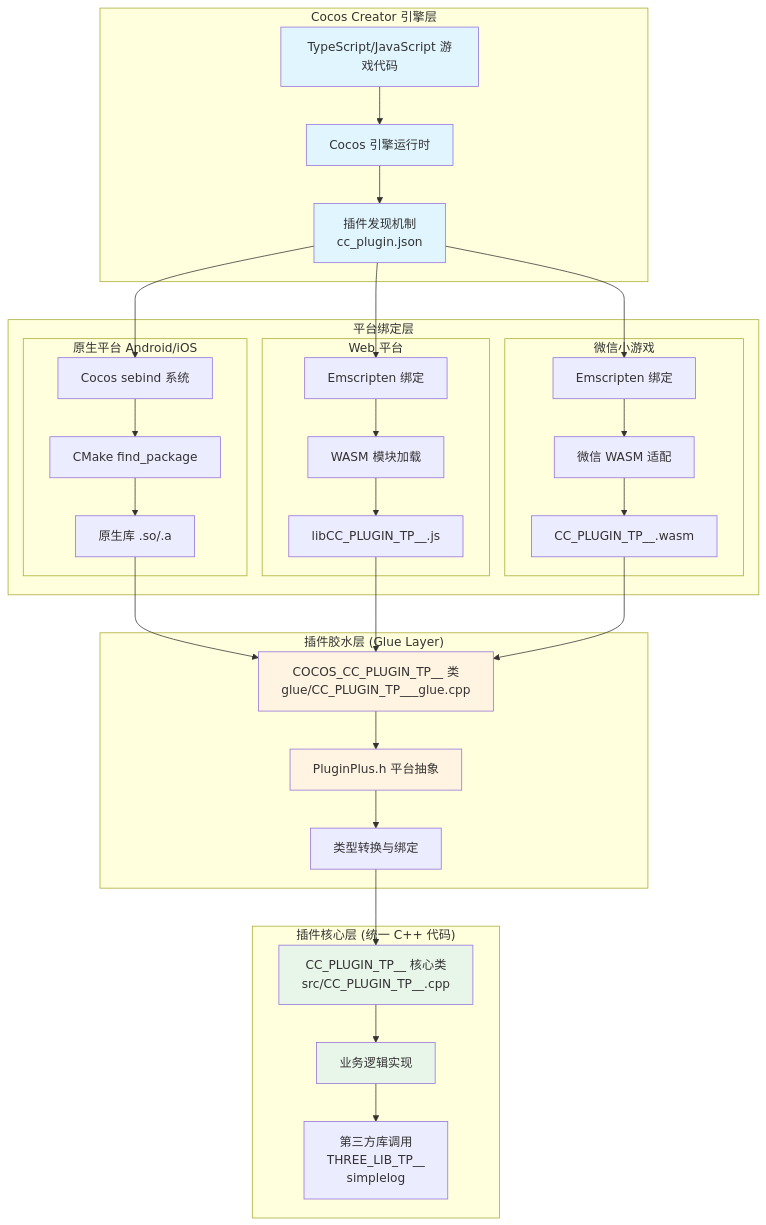
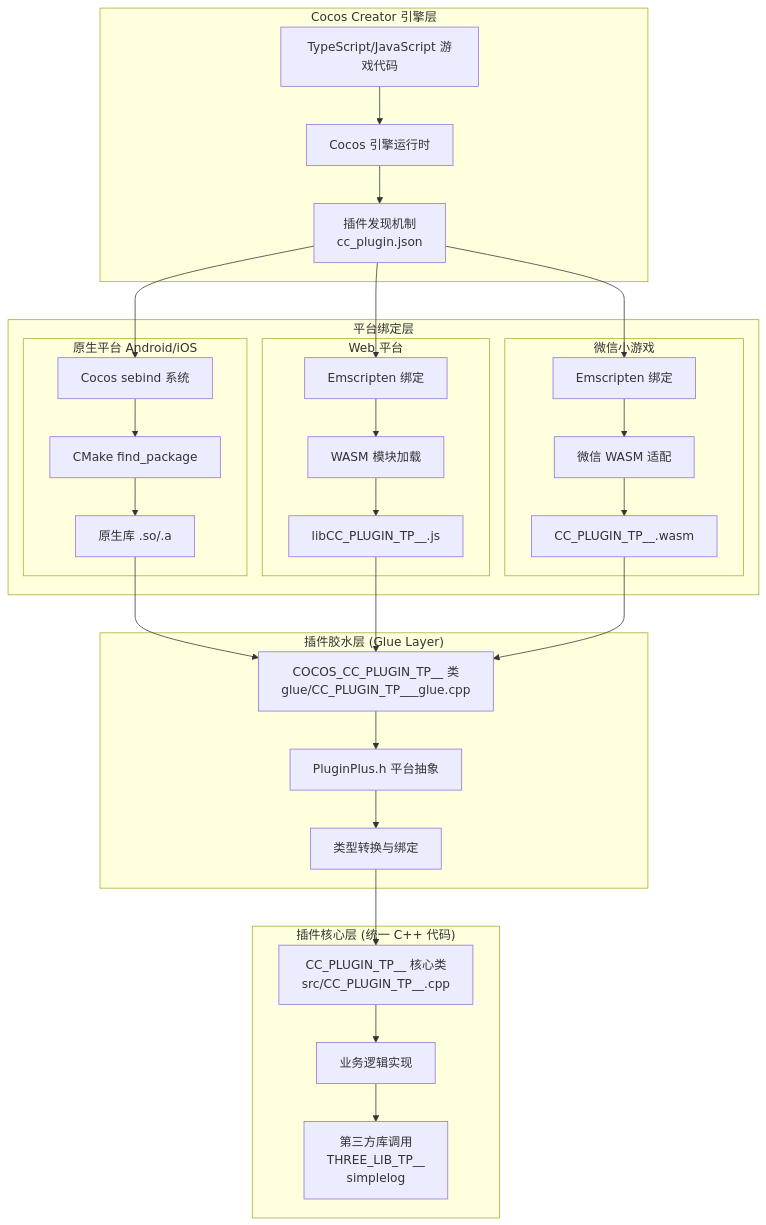
The diagram in Readme.md (ankye/cocos_plugin_test), drawn with Mermaid before and after one commit.

Commit message:
移除高亮

````diff
--- a/Readme.md
+++ b/Readme.md
@@ -73,72 +73,66 @@
 ```mermaid
 graph TB
     subgraph "Cocos Creator 引擎层"
         A[TypeScript/JavaScript 游戏代码]
         B[Cocos 引擎运行时]
         C[插件发现机制<br/>cc_plugin.json]
     end
 
     subgraph "平台绑定层"
         subgraph "原生平台 Android/iOS"
             D1[Cocos sebind 系统]
             D2[CMake find_package]
             D3[原生库 .so/.a]
         end
         
         subgraph "Web 平台"
             E1[Emscripten 绑定]
             E2[WASM 模块加载]
             E3[libCC_PLUGIN_TP__.js]
         end
 
         subgraph "微信小游戏"
             F1[Emscripten 绑定]
             F2[微信 WASM 适配]
             F3[CC_PLUGIN_TP__.wasm]
         end
     end
 
     subgraph "插件胶水层 (Glue Layer)"
         G[COCOS_CC_PLUGIN_TP__ 类<br/>glue/CC_PLUGIN_TP___glue.cpp]
         H[PluginPlus.h 平台抽象]
         I[类型转换与绑定]
     end
 
     subgraph "插件核心层 (统一 C++ 代码)"
         J[CC_PLUGIN_TP__ 核心类<br/>src/CC_PLUGIN_TP__.cpp]
         K[业务逻辑实现]
         L[第三方库调用<br/>THREE_LIB_TP__<br/>simplelog]
     end
 
     A --> B
     B --> C
     C --> D1
     C --> E1
     C --> F1
     
     D1 --> D2
     D2 --> D3
     D3 --> G
     
     E1 --> E2
     E2 --> E3
     E3 --> G
     
     F1 --> F2
     F2 --> F3
     F3 --> G
     
     G --> H
     H --> I
     I --> J
     J --> K
     K --> L
     
-    style A fill:#e1f5ff
-    style B fill:#e1f5ff
-    style C fill:#e1f5ff
-    style G fill:#fff4e1
-    style H fill:#fff4e1
-    style J fill:#e8f5e9
-    style K fill:#e8f5e9
+ 
 ```
````
